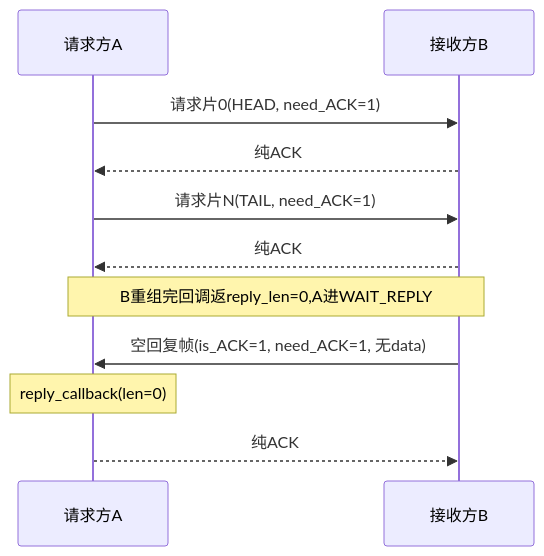
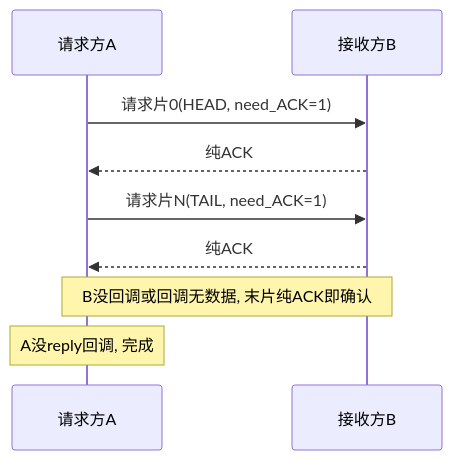
One commit to Siaiai/ObsidianNote changed the fourth of 13 diagrams in 工作/项目/代码/260401S3分拣面板-SIA-R9000P.md. Above: the diagram before and after it, drawn with Mermaid. The commit also changed other lines of this file and 1 other file, not shown here.

````diff
--- a/工作/项目/代码/260401S3分拣面板-SIA-R9000P.md
+++ b/工作/项目/代码/260401S3分拣面板-SIA-R9000P.md
@@ -110,13 +109,11 @@
 ```mermaid
 sequenceDiagram
     participant A as 请求方A
     participant B as 接收方B
     A->>B: 请求片0(HEAD, need_ACK=1)
     B-->>A: 纯ACK
     A->>B: 请求片N(TAIL, need_ACK=1)
     B-->>A: 纯ACK
-    Note over A,B: B重组完回调返reply_len=0,A进WAIT_REPLY
-    B->>A: 空回复帧(is_ACK=1, need_ACK=1, 无data)
-    Note over A: reply_callback(len=0)
-    A-->>B: 纯ACK
+    Note over A,B: B没回调或回调无数据, 末片纯ACK即确认
+    Note over A: A没reply回调, 完成
 ```
````
